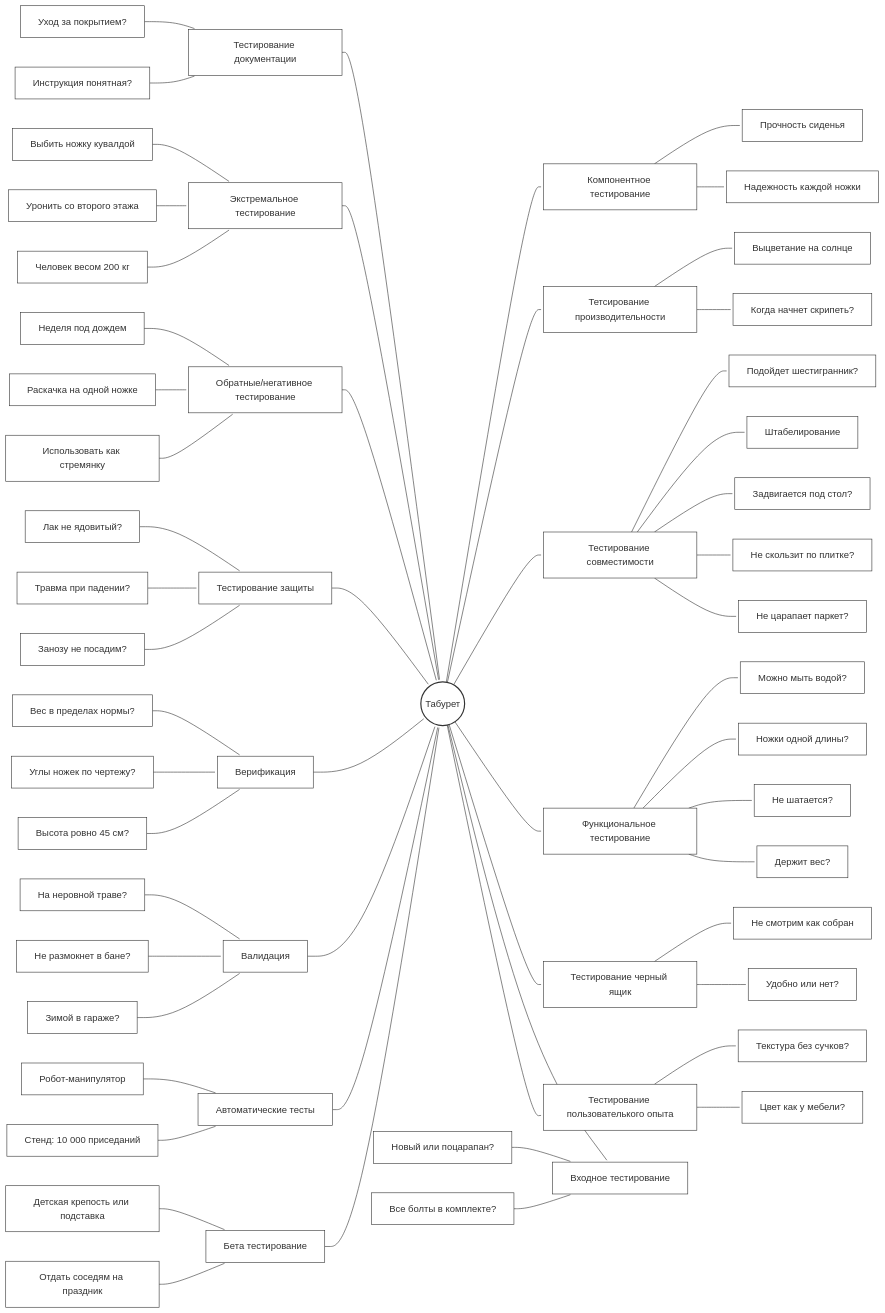
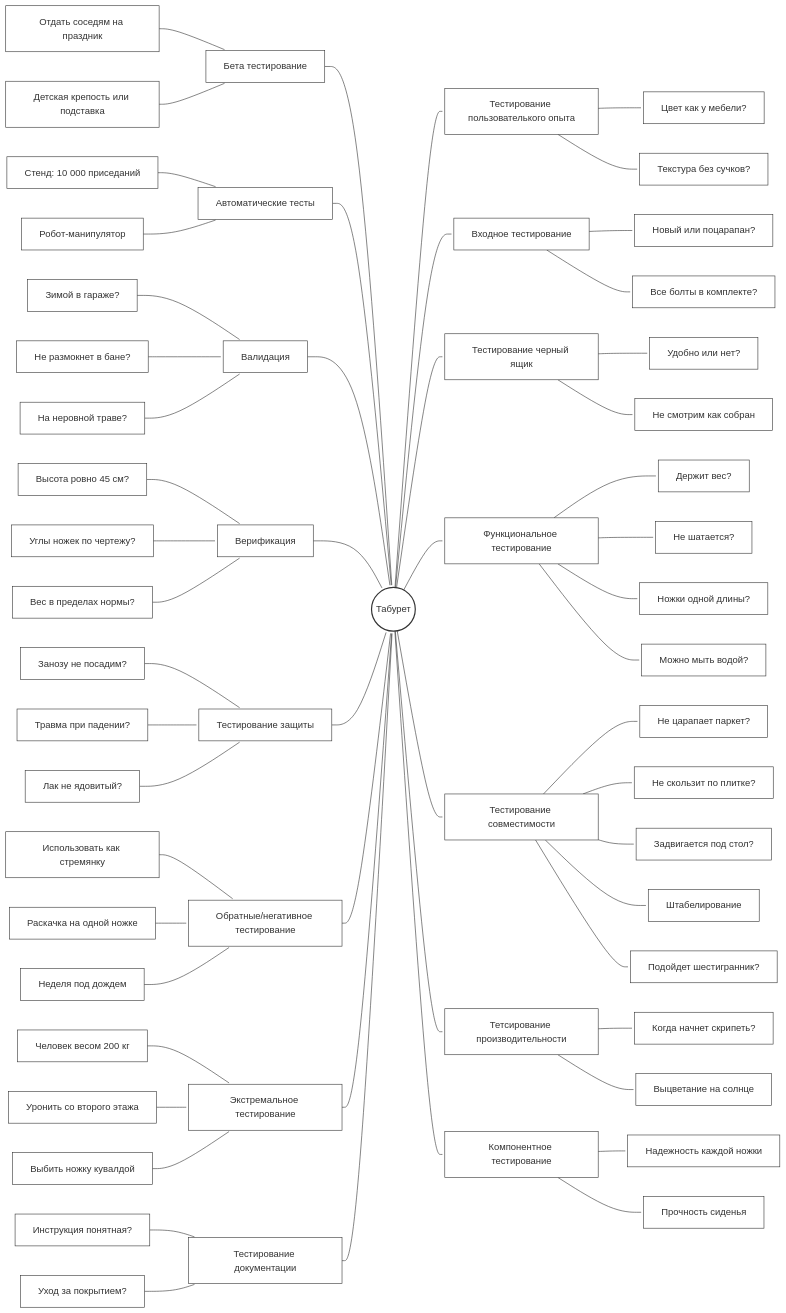
One commit to Kolya1222/gui2 changed the diagram in lr_4.md. Above: the diagram before and after it, drawn with Mermaid.

````diff
--- a/lr_4.md
+++ b/lr_4.md
@@ -3,81 +3,81 @@
 ```mermaid
 graph LR
     Root((Табурет))
 
     Beta[Бета тестирование] --> Root
     Auto[Автоматические тесты] --> Root
     Val[Валидация] --> Root
     Ver[Верификация] --> Root
     Sec[Тестирование защиты] --> Root
     Neg[Обратные/негативное тестирование] --> Root
     Stress[Экстремальное тестирование] --> Root
     Doc[Тестирование документации] --> Root
 
     Root --> UI[Тестирование пользователького опыта]
     Root --> Entry[Входное тестирование]
     Root --> BB[Тестирование черный ящик]
     Root --> Func[Функциональное тестирование]
     Root --> Comp[Тестирование совместимости]
     Root --> Perf[Тетсирование производительности]
     Root --> CompT[Компонентное тестирование]
 
     B1[Отдать соседям на праздник] --> Beta
     B2[Детская крепость или подставка] --> Beta
     
     A1[Стенд: 10 000 приседаний] --> Auto
     A2[Робот-манипулятор] --> Auto
     
     V1[Зимой в гараже?] --> Val
     V2[Не размокнет в бане?] --> Val
     V3[На неровной траве?] --> Val
     
     Vr1[Высота ровно 45 см?] --> Ver
     Vr2[Углы ножек по чертежу?] --> Ver
     Vr3[Вес в пределах нормы?] --> Ver
     
     S1[Занозу не посадим?] --> Sec
     S2[Травма при падении?] --> Sec
     S3[Лак не ядовитый?] --> Sec
     
     N1[Использовать как стремянку] --> Neg
     N2[Раскачка на одной ножке] --> Neg
     N3[Неделя под дождем] --> Neg
     
     St1[Человек весом 200 кг] --> Stress
     St2[Уронить со второго этажа] --> Stress
     St3[Выбить ножку кувалдой] --> Stress
     
     D1[Инструкция понятная?] --> Doc
     D2[Уход за покрытием?] --> Doc
     
     UI --> U1[Цвет как у мебели?]
     UI --> U2[Текстура без сучков?] 
     
-    E1[Новый или поцарапан?] --> Entry
-    E2[Все болты в комплекте?] --> Entry
+    Entry --> E1[Новый или поцарапан?]
+    Entry --> E2[Все болты в комплекте?]
 
     BB --> BB1[Удобно или нет?]
     BB --> BB2[Не смотрим как собран]
     
     Func --> F1[Держит вес?]
     Func --> F2[Не шатается?]
     Func --> F3[Ножки одной длины?]
     Func --> F4[Можно мыть водой?]
     
     Comp --> C1[Не царапает паркет?]
     Comp --> C2[Не скользит по плитке?]
     Comp --> C3[Задвигается под стол?]
     Comp --> C4[Штабелирование]
     Comp --> C5[Подойдет шестигранник?]
     
     Perf --> P1[Когда начнет скрипеть?]
     Perf --> P2[Выцветание на солнце]
     
     CompT --> CT1[Надежность каждой ножки]
     CompT --> CT2[Прочность сиденья]
 
     linkStyle default interpolate basis stroke:#333,stroke-width:1px,marker-end:none;
     classDef default fill:#fff,stroke:#333,stroke-width:1px;
     classDef root fill:#fff,stroke:#333,stroke-width:2px,font-size:16px;
     class Root root;
 ```
````
